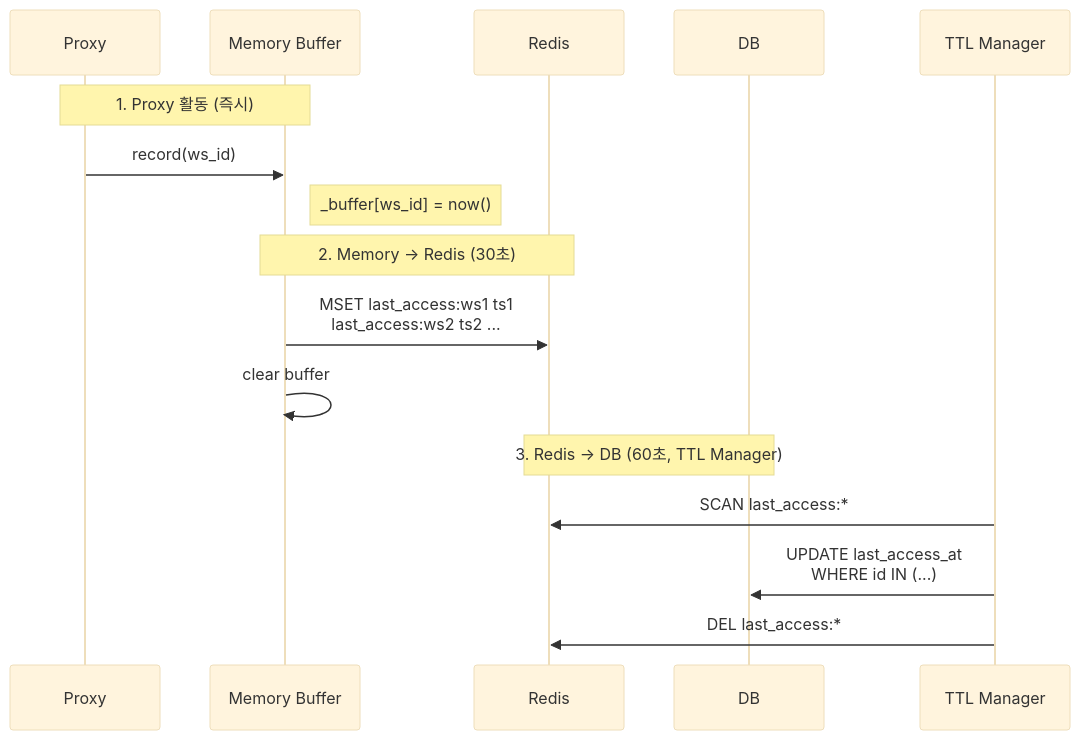
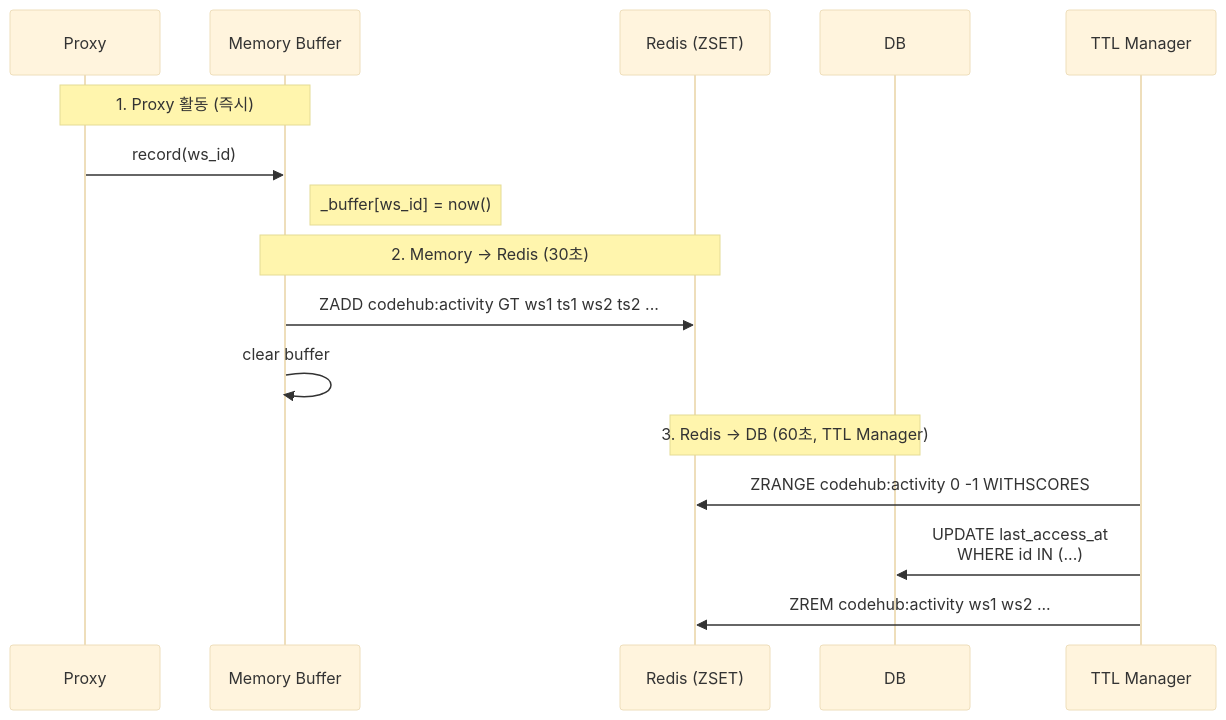
Before and after one commit to cagojeiger/code-hub: the first of 5 diagrams in docs/architecture/ttl-manager.md, drawn with Mermaid (base theme). The commit also changed other lines of this file and 12 other files, not shown here.

````diff
--- a/docs/architecture/ttl-manager.md
+++ b/docs/architecture/ttl-manager.md
@@ -36,21 +36,21 @@
 ```mermaid
 sequenceDiagram
     participant P as Proxy
     participant M as Memory Buffer
-    participant R as Redis
+    participant R as Redis (ZSET)
     participant D as DB
     participant T as TTL Manager
 
     Note over P,M: 1. Proxy 활동 (즉시)
     P->>M: record(ws_id)
     Note right of M: _buffer[ws_id] = now()
 
     Note over M,R: 2. Memory → Redis (30초)
-    M->>R: MSET last_access:ws1 ts1<br/>last_access:ws2 ts2 ...
+    M->>R: ZADD codehub:activity GT ws1 ts1 ws2 ts2 ...
     M->>M: clear buffer
 
     Note over R,D: 3. Redis → DB (60초, TTL Manager)
-    T->>R: SCAN last_access:*
+    T->>R: ZRANGE codehub:activity 0 -1 WITHSCORES
     T->>D: UPDATE last_access_at<br/>WHERE id IN (...)
-    T->>R: DEL last_access:*
+    T->>R: ZREM codehub:activity ws1 ws2 ...
 ```
````
